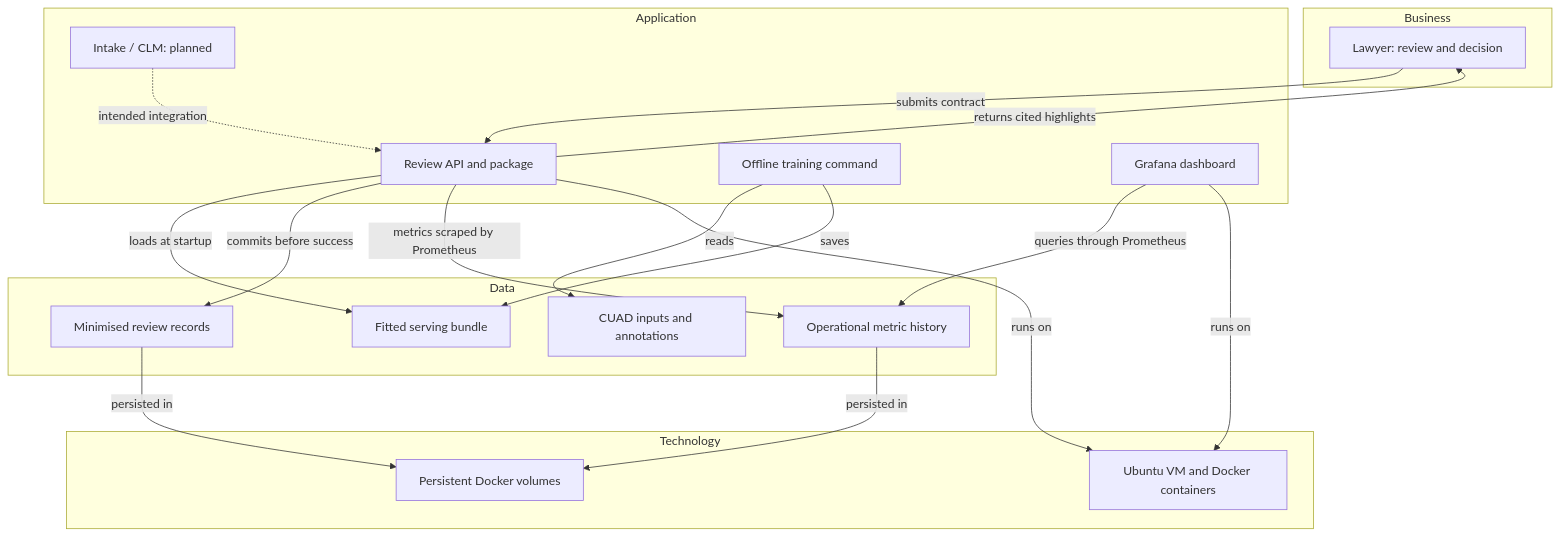
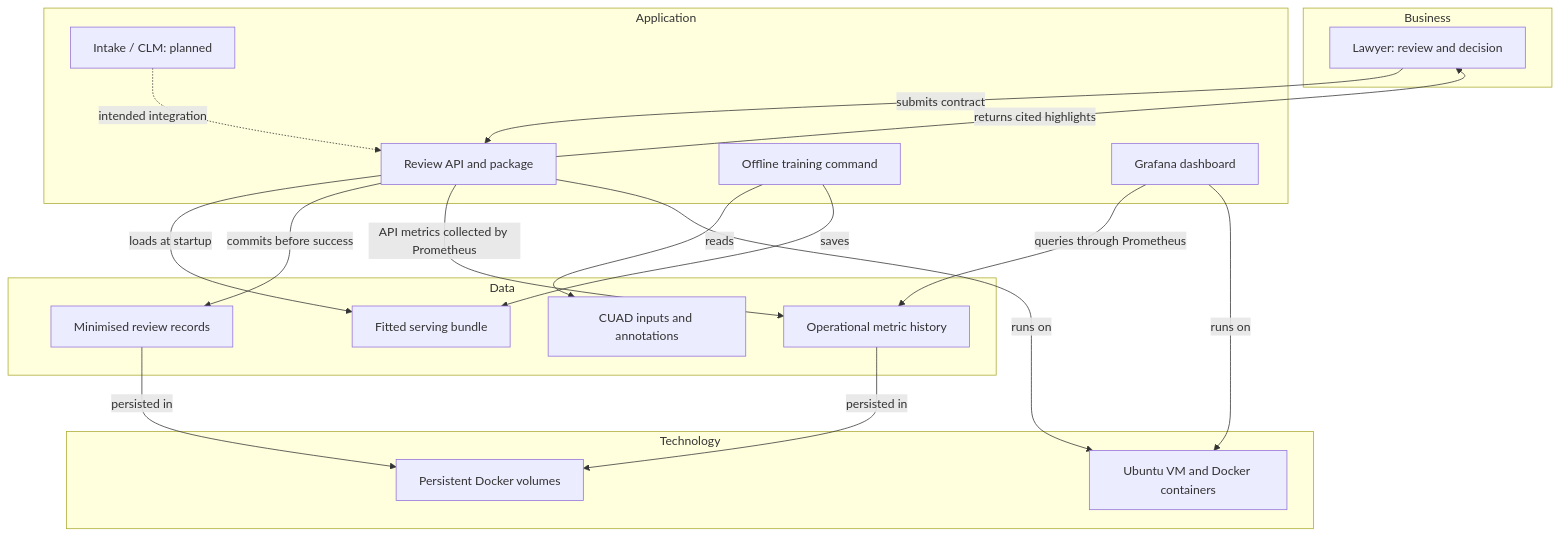
Before and after one commit to kurtabela06/ARI3217-Contract-Review: the diagram in docs/architecture.md, drawn with Mermaid.

Commit message:
Clarify Prometheus metrics flow in Mermaid diagram

````diff
--- a/docs/architecture.md
+++ b/docs/architecture.md
@@ -29,41 +29,41 @@
 ```mermaid
 flowchart TB
     subgraph B["Business"]
         Lawyer["Lawyer: review and decision"]
     end
 
     subgraph A["Application"]
         Intake["Intake / CLM: planned"]
         API["Review API and package"]
         Train["Offline training command"]
         Dashboard["Grafana dashboard"]
     end
 
     subgraph D["Data"]
         Dataset["CUAD inputs and annotations"]
         Bundle["Fitted serving bundle"]
         Records["Minimised review records"]
         Metrics["Operational metric history"]
     end
 
     subgraph T["Technology"]
         Runtime["Ubuntu VM and Docker containers"]
         Volumes["Persistent Docker volumes"]
     end
 
     Lawyer -->|"submits contract"| API
     API -->|"returns cited highlights"| Lawyer
     Intake -.->|"intended integration"| API
 
     Train -->|"reads"| Dataset
     Train -->|"saves"| Bundle
     API -->|"loads at startup"| Bundle
     API -->|"commits before success"| Records
-    API -->|"metrics scraped by Prometheus"| Metrics
+    API -->|"API metrics collected by Prometheus"| Metrics
     Dashboard -->|"queries through Prometheus"| Metrics
 
     API -->|"runs on"| Runtime
     Dashboard -->|"runs on"| Runtime
     Records -->|"persisted in"| Volumes
     Metrics -->|"persisted in"| Volumes
 ```
````
